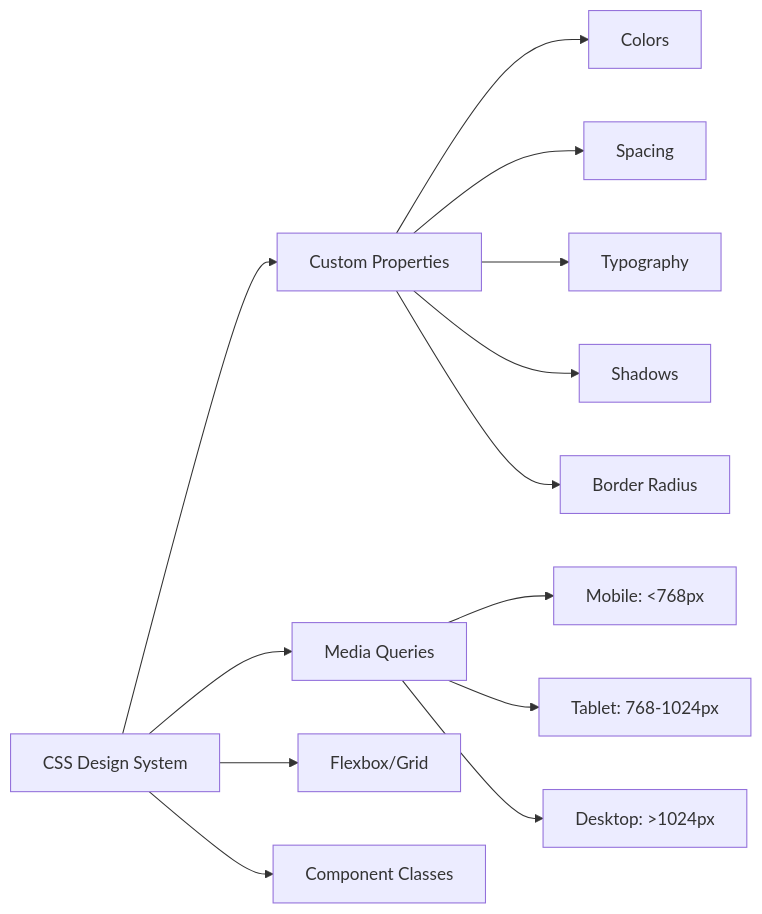
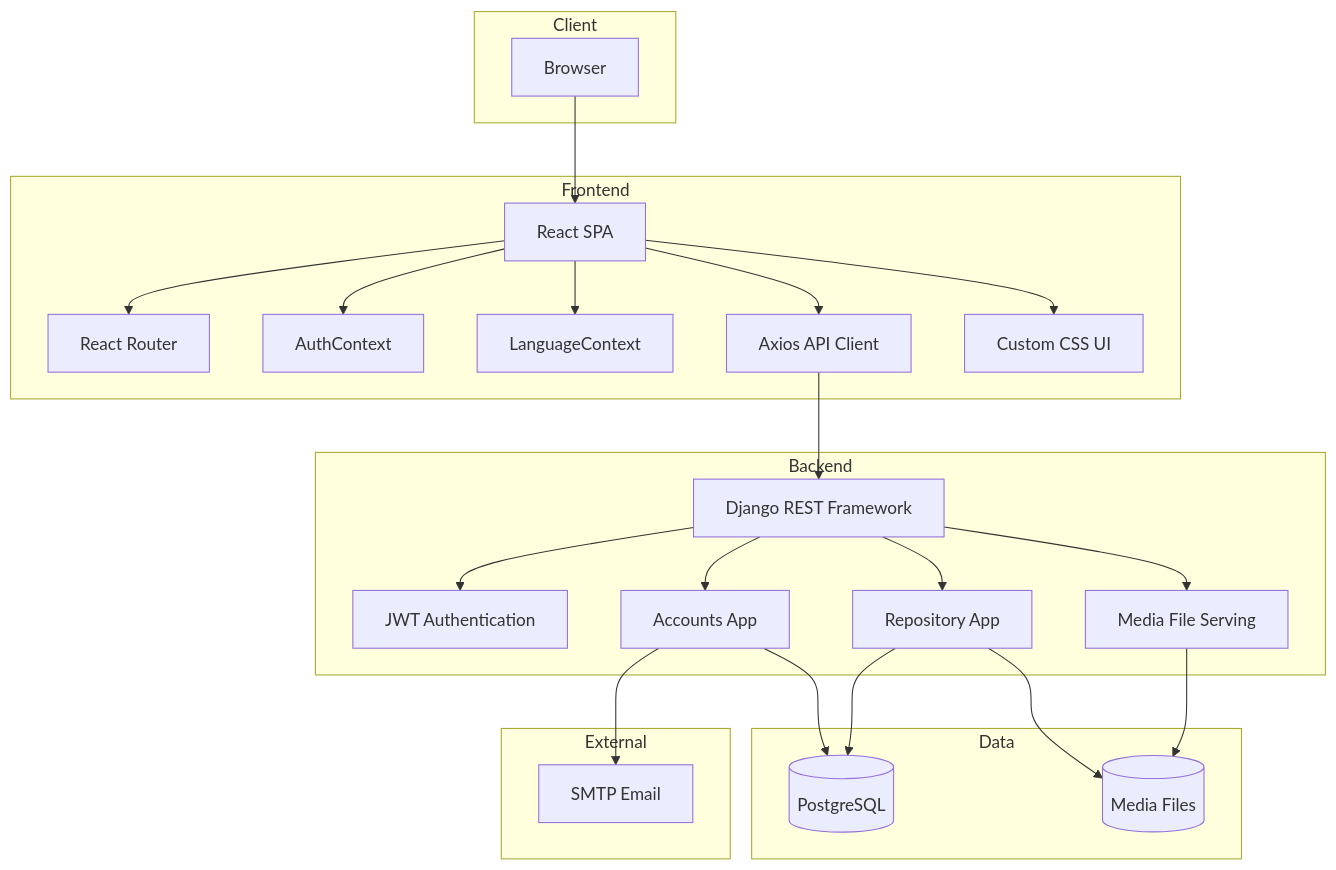
Before and after one commit to vinxe94/SaliksikLab: the first of 3 diagrams in SYSTEM_DESIGN.md, drawn with Mermaid. The commit also changed other lines of this file and 59 other files, not shown here.

````diff
--- a/SYSTEM_DESIGN.md
+++ b/SYSTEM_DESIGN.md
@@ -119,17 +20,49 @@
 ```mermaid
-graph LR
-    A[CSS Design System] --> B[Custom Properties]
-    A --> C[Media Queries]
-    A --> D[Flexbox/Grid]
-    A --> E[Component Classes]
-    
-    B --> B1[Colors]
-    B --> B2[Spacing]
-    B --> B3[Typography]
-    B --> B4[Shadows]
-    B --> B5[Border Radius]
-    
-    C --> C1[Mobile: <768px]
-    C --> C2[Tablet: 768-1024px]
-    C --> C3[Desktop: >1024px]
+graph TB
+    subgraph Client
+        BROWSER[Browser]
+    end
+
+    subgraph Frontend
+        SPA[React SPA]
+        ROUTER[React Router]
+        AUTHCTX[AuthContext]
+        LANGCTX[LanguageContext]
+        API[Axios API Client]
+        UI[Custom CSS UI]
+    end
+
+    subgraph Backend
+        DRF[Django REST Framework]
+        JWT[JWT Authentication]
+        ACCOUNTS[Accounts App]
+        REPO[Repository App]
+        MEDIA[Media File Serving]
+    end
+
+    subgraph Data
+        PG[(PostgreSQL)]
+        FILES[(Media Files)]
+    end
+
+    subgraph External
+        SMTP[SMTP Email]
+    end
+
+    BROWSER --> SPA
+    SPA --> ROUTER
+    SPA --> AUTHCTX
+    SPA --> LANGCTX
+    SPA --> API
+    SPA --> UI
+    API --> DRF
+    DRF --> JWT
+    DRF --> ACCOUNTS
+    DRF --> REPO
+    DRF --> MEDIA
+    ACCOUNTS --> PG
+    REPO --> PG
+    REPO --> FILES
+    MEDIA --> FILES
+    ACCOUNTS --> SMTP
 ```
````
